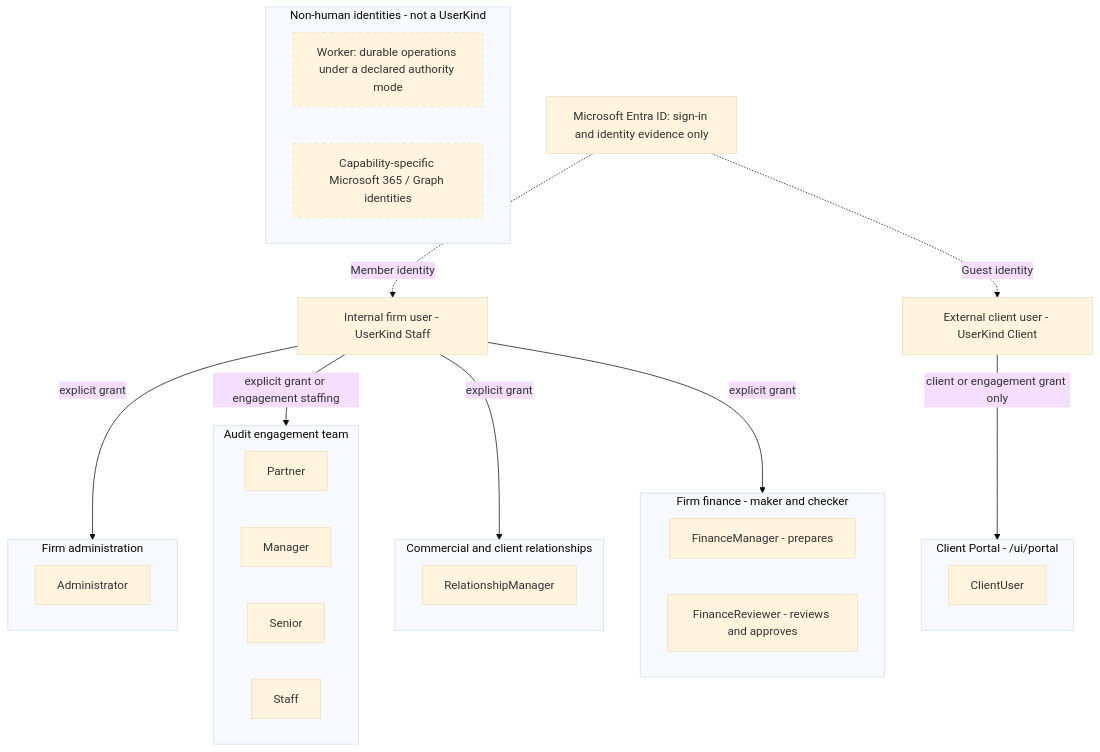
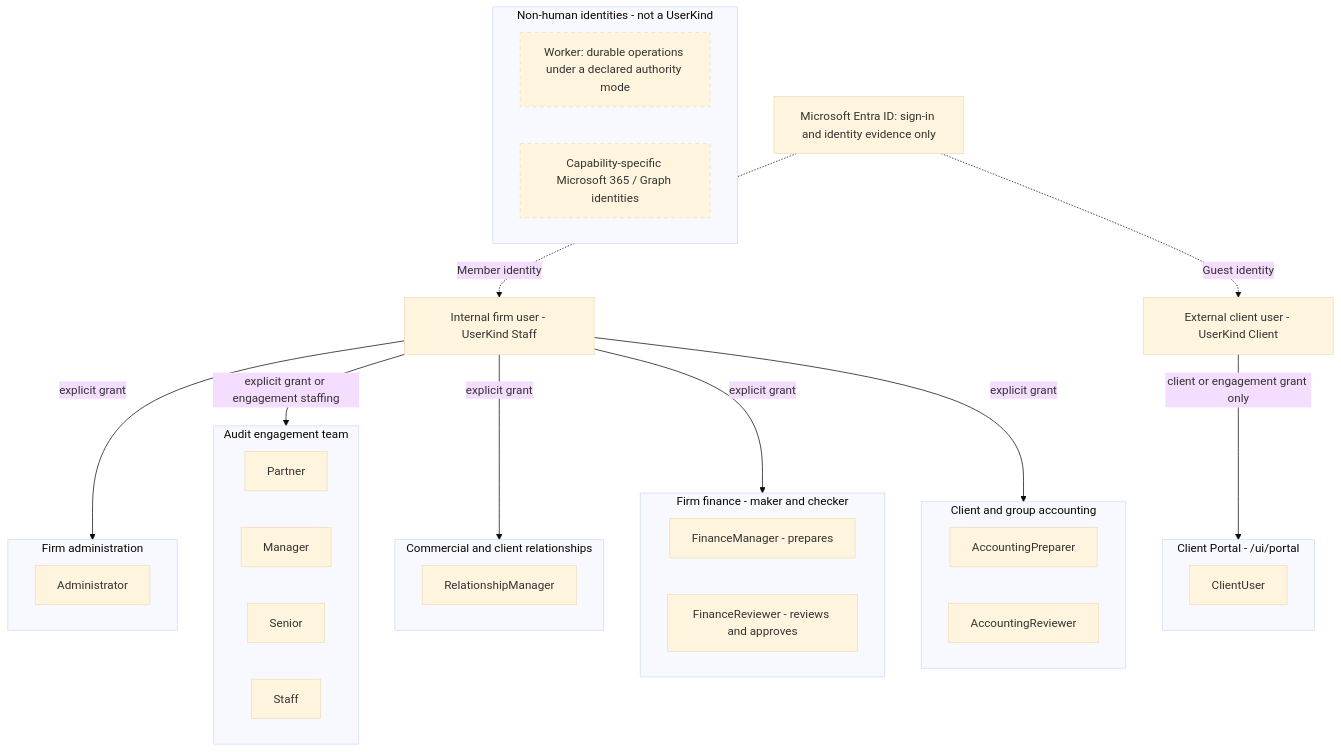
Before and after one commit to nirzaf/AuditSphere: the first of 4 diagrams in README.md, drawn with Mermaid (base theme). The commit also changed other lines of this file and 5 other files, not shown here.

````diff
--- a/README.md
+++ b/README.md
@@ -23,40 +23,46 @@
 ```mermaid
 flowchart TB
     ENTRA["Microsoft Entra ID: sign-in and identity evidence only"]
     ENTRA -.->|"Member identity"| STAFF["Internal firm user - UserKind Staff"]
     ENTRA -.->|"Guest identity"| EXT["External client user - UserKind Client"]
 
     subgraph ADMIN["Firm administration"]
         A["Administrator"]
     end
     subgraph AUDIT["Audit engagement team"]
         P["Partner"]
         M["Manager"]
         S["Senior"]
         ST["Staff"]
     end
     subgraph COMM["Commercial and client relationships"]
         RM["RelationshipManager"]
     end
     subgraph FIN["Firm finance - maker and checker"]
         FM["FinanceManager - prepares"]
         FR["FinanceReviewer - reviews and approves"]
     end
     subgraph PORTAL["Client Portal - /ui/portal"]
         CU["ClientUser"]
     end
 
+    subgraph ACCOUNTING["Client and group accounting"]
+        AP["AccountingPreparer"]
+        AR["AccountingReviewer"]
+    end
+
     STAFF -->|"explicit grant"| ADMIN
     STAFF -->|"explicit grant or engagement staffing"| AUDIT
     STAFF -->|"explicit grant"| COMM
     STAFF -->|"explicit grant"| FIN
+    STAFF -->|"explicit grant"| ACCOUNTING
     EXT -->|"client or engagement grant only"| PORTAL
 
     subgraph NONHUMAN["Non-human identities - not a UserKind"]
         W["Worker: durable operations under a declared authority mode"]
         G["Capability-specific Microsoft 365 / Graph identities"]
     end
 
     classDef nonhuman stroke-dasharray: 5 5
     class W,G nonhuman
 ```
````
